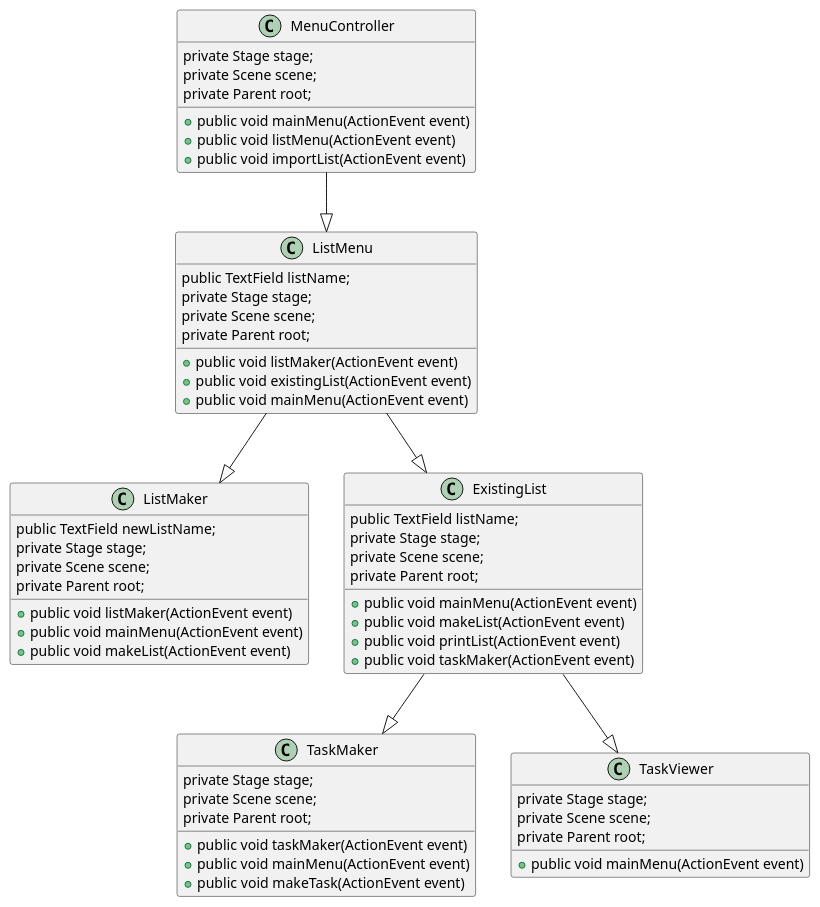
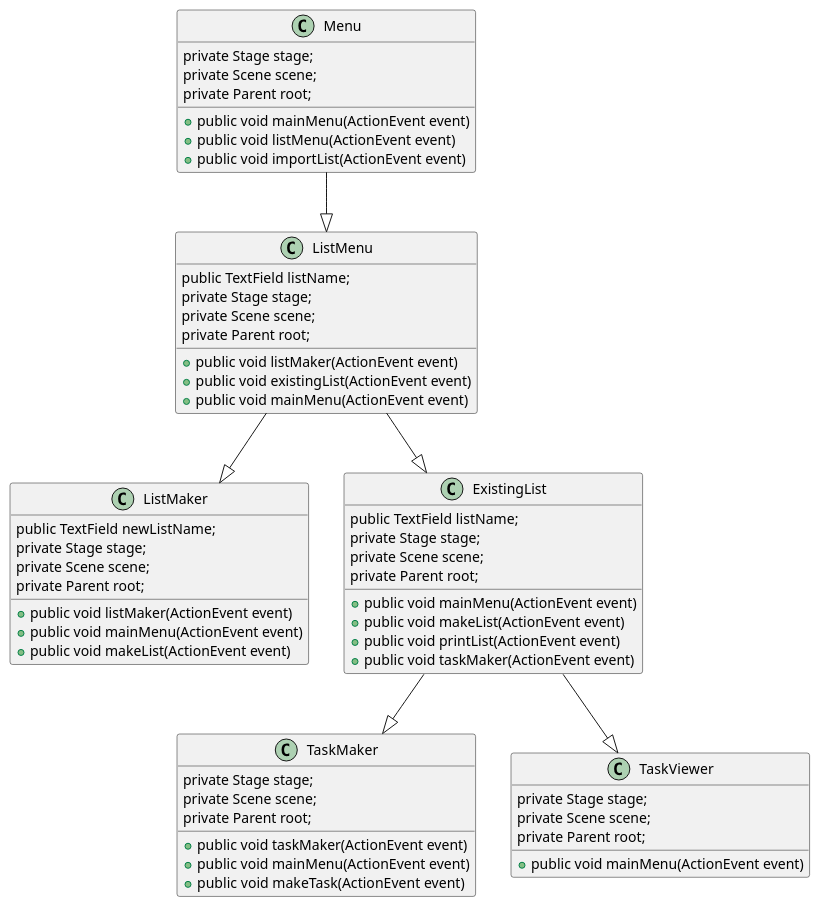
Before and after one commit to enzosromano/To-Do-List-Manager: the diagram in uml/FXLayout.puml, drawn with PlantUML. The commit also changed 4 other files, not shown here.

```diff
--- a/uml/FXLayout.puml
+++ b/uml/FXLayout.puml
@@ -1,77 +1,77 @@
 @startuml
 
-MenuController --|> ListMenu
+Menu --|> ListMenu
 ListMenu --|> ListMaker
 ListMenu --|> ExistingList
 ExistingList --|> TaskMaker
 ExistingList --|> TaskViewer
 
-class MenuController{
+class Menu{
 
     private Stage stage;
     private Scene scene;
     private Parent root;
 
     + public void mainMenu(ActionEvent event)
     + public void listMenu(ActionEvent event)
     + public void importList(ActionEvent event)
 }
 
 class ListMenu{
 
     public TextField listName;
     private Stage stage;
     private Scene scene;
     private Parent root;
 
     + public void listMaker(ActionEvent event)
     + public void existingList(ActionEvent event)
     + public void mainMenu(ActionEvent event)
 }
 
 class ListMaker{
 
     public TextField newListName;
     private Stage stage;
     private Scene scene;
     private Parent root;
 
     + public void listMaker(ActionEvent event)
     + public void mainMenu(ActionEvent event)
     + public void makeList(ActionEvent event)
 }
 
 class ExistingList{
 
     public TextField listName;
     private Stage stage;
     private Scene scene;
     private Parent root;
 
     + public void mainMenu(ActionEvent event)
     + public void makeList(ActionEvent event)
     + public void printList(ActionEvent event)
     + public void taskMaker(ActionEvent event)
 }
 
 class TaskMaker{
 
     private Stage stage;
     private Scene scene;
     private Parent root;
 
     + public void taskMaker(ActionEvent event)
     + public void mainMenu(ActionEvent event)
     + public void makeTask(ActionEvent event)
 }
 
 class TaskViewer{
 
     private Stage stage;
     private Scene scene;
     private Parent root;
 
     + public void mainMenu(ActionEvent event)
 }
 
 @enduml
```
